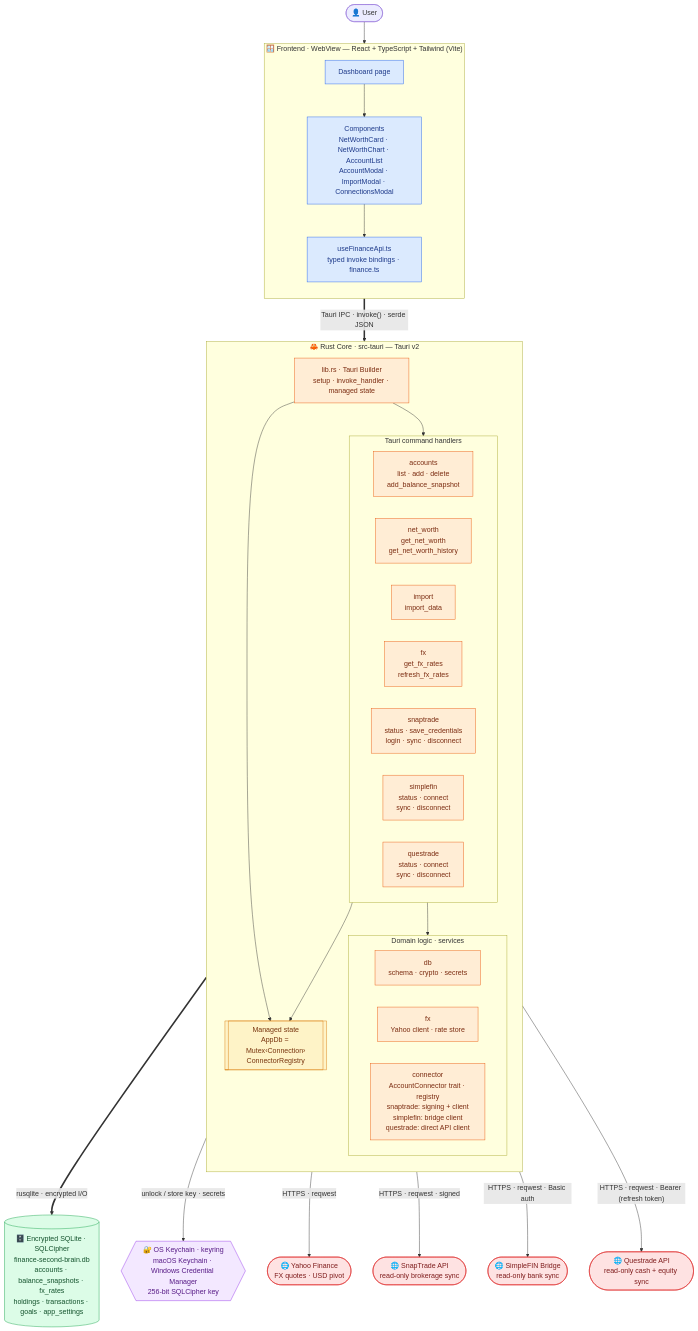
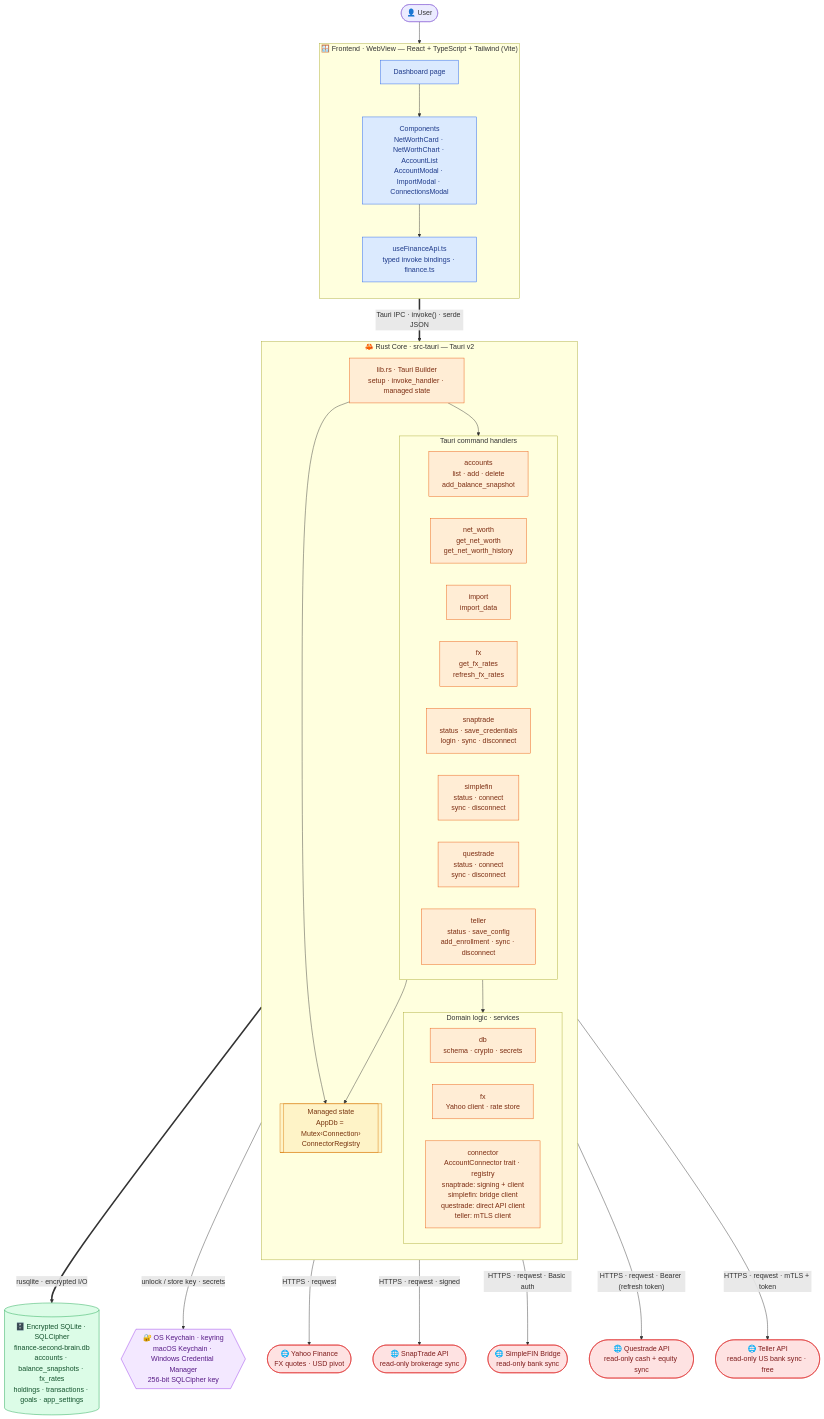
Before and after one commit to daryn-brown/truenorth: the first of 2 diagrams in README.md, drawn with Mermaid. The commit also changed other lines of this file and 15 other files, not shown here.

First line of the commit message:
Add free Teller connector for read-only US bank balances (v1.6.0) (#30)

````diff
--- a/README.md
+++ b/README.md
@@ -47,72 +48,75 @@
 ```mermaid
 flowchart TB
     user(["👤 User"])
 
     subgraph FE["🪟 Frontend · WebView — React + TypeScript + Tailwind (Vite)"]
         direction TB
         pages["Dashboard page"]
         comps["Components<br/>NetWorthCard · NetWorthChart · AccountList<br/>AccountModal · ImportModal · ConnectionsModal"]
         api["useFinanceApi.ts<br/>typed invoke bindings · finance.ts"]
         pages --> comps --> api
     end
 
     subgraph CORE["🦀 Rust Core · src-tauri — Tauri v2"]
         direction TB
         builder["lib.rs · Tauri Builder<br/>setup · invoke_handler · managed state"]
 
         subgraph CMD["Tauri command handlers"]
             direction LR
             c_acc["accounts<br/>list · add · delete<br/>add_balance_snapshot"]
             c_nw["net_worth<br/>get_net_worth<br/>get_net_worth_history"]
             c_imp["import<br/>import_data"]
             c_fx["fx<br/>get_fx_rates<br/>refresh_fx_rates"]
             c_snap["snaptrade<br/>status · save_credentials<br/>login · sync · disconnect"]
             c_sf["simplefin<br/>status · connect<br/>sync · disconnect"]
             c_qt["questrade<br/>status · connect<br/>sync · disconnect"]
+            c_te["teller<br/>status · save_config<br/>add_enrollment · sync · disconnect"]
         end
 
         subgraph SVC["Domain logic · services"]
             direction LR
             d_db["db<br/>schema · crypto · secrets"]
             d_fx["fx<br/>Yahoo client · rate store"]
-            d_conn["connector<br/>AccountConnector trait · registry<br/>snaptrade: signing + client<br/>simplefin: bridge client<br/>questrade: direct API client"]
+            d_conn["connector<br/>AccountConnector trait · registry<br/>snaptrade: signing + client<br/>simplefin: bridge client<br/>questrade: direct API client<br/>teller: mTLS client"]
         end
 
         state[["Managed state<br/>AppDb = Mutex‹Connection›<br/>ConnectorRegistry"]]
 
         builder --> CMD
         builder --> state
         CMD --> SVC
         CMD --> state
     end
 
     kc{{"🔐 OS Keychain · keyring<br/>macOS Keychain · Windows Credential Manager<br/>256-bit SQLCipher key"}}
     db[("🗄️ Encrypted SQLite · SQLCipher<br/>finance-second-brain.db<br/>accounts · balance_snapshots · fx_rates<br/>holdings · transactions · goals · app_settings")]
     yahoo(["🌐 Yahoo Finance<br/>FX quotes · USD pivot"])
     snaptrade(["🌐 SnapTrade API<br/>read-only brokerage sync"])
     simplefin(["🌐 SimpleFIN Bridge<br/>read-only bank sync"])
     questrade(["🌐 Questrade API<br/>read-only cash + equity sync"])
+    teller(["🌐 Teller API<br/>read-only US bank sync · free"])
 
     user --> pages
     api ==>|"Tauri IPC · invoke() · serde JSON"| builder
     state ==>|"rusqlite · encrypted I/O"| db
     d_db -->|"unlock / store key · secrets"| kc
     d_fx -->|"HTTPS · reqwest"| yahoo
     d_conn -->|"HTTPS · reqwest · signed"| snaptrade
     d_conn -->|"HTTPS · reqwest · Basic auth"| simplefin
     d_conn -->|"HTTPS · reqwest · Bearer (refresh token)"| questrade
+    d_conn -->|"HTTPS · reqwest · mTLS + token"| teller
 
     classDef feNode fill:#dbeafe,stroke:#2563eb,color:#1e3a8a;
     classDef coreNode fill:#ffedd5,stroke:#ea580c,color:#7c2d12;
     classDef stateNode fill:#fef3c7,stroke:#d97706,color:#78350f;
     classDef store fill:#dcfce7,stroke:#16a34a,color:#14532d;
     classDef os fill:#f3e8ff,stroke:#9333ea,color:#581c87;
     classDef ext fill:#fee2e2,stroke:#dc2626,color:#7f1d1d;
 
     class pages,comps,api feNode;
-    class builder,c_acc,c_nw,c_imp,c_fx,c_snap,c_sf,c_qt,d_db,d_fx,d_conn coreNode;
+    class builder,c_acc,c_nw,c_imp,c_fx,c_snap,c_sf,c_qt,c_te,d_db,d_fx,d_conn coreNode;
     class state stateNode;
     class db store;
     class kc os;
-    class yahoo,snaptrade,simplefin,questrade ext;
+    class yahoo,snaptrade,simplefin,questrade,teller ext;
 ```
````
